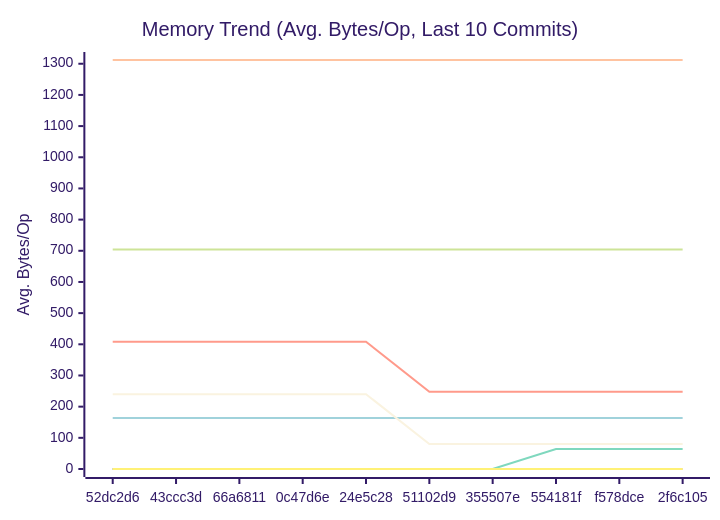
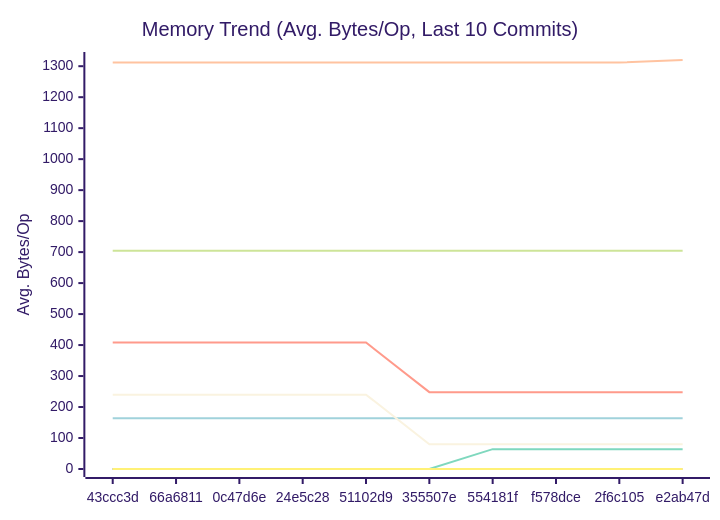
The second of 3 diagrams in docs/PERFORMANCE.md (alsotoes/momo), drawn with Mermaid (forest theme) before and after one commit. The commit also changed other lines of this file and 3 other files, not shown here.

````diff
--- a/docs/PERFORMANCE.md
+++ b/docs/PERFORMANCE.md
@@ -152,18 +154,18 @@
 ```mermaid
 xychart-beta
     title "Memory Trend (Avg. Bytes/Op, Last 10 Commits)"
     x-axis "Commit"
     y-axis "Avg. Bytes/Op"
-    x-axis [52dc2d6,43ccc3d,66a6811,0c47d6e,24e5c28,51102d9,355507e,554181f,f578dce,2f6c105]
+    x-axis [43ccc3d,66a6811,0c47d6e,24e5c28,51102d9,355507e,554181f,f578dce,2f6c105,e2ab47d]
     line "CheckMetricsAndSwap" [0,0,0,0,0,0,0,0,0,0]
     line "CrushOptimized" [0,0,0,0,0,0,0,0,0,0]
     line "CrushOriginal" [164,164,164,164,164,164,164,164,164,164]
     line "IndexDirectTracking" [0,0,0,0,0,0,0,0,0,0]
     line "IndexSearch" [0,0,0,0,0,0,0,0,0,0]
-    line "LoadGlobalConfig" [1312,1312,1312,1312,1312,1312,1312,1312,1312,1312]
-    line "PadString" [0,0,0,0,0,0,0,64,64,64]
+    line "LoadGlobalConfig" [1312,1312,1312,1312,1312,1312,1312,1312,1312,1320]
+    line "PadString" [0,0,0,0,0,0,64,64,64,64]
     line "ParseReplicationOrder_NoPrealloc" [408,408,408,408,408,248,248,248,248,248]
     line "ParseReplicationOrder_Prealloc" [240,240,240,240,240,80,80,80,80,80]
     line "SanitizeLog/Safe" [0,0,0,0,0,0,0,0,0,0]
     line "SanitizeLog/Unsafe" [704,704,704,704,704,704,704,704,704,704]
 ```
````
